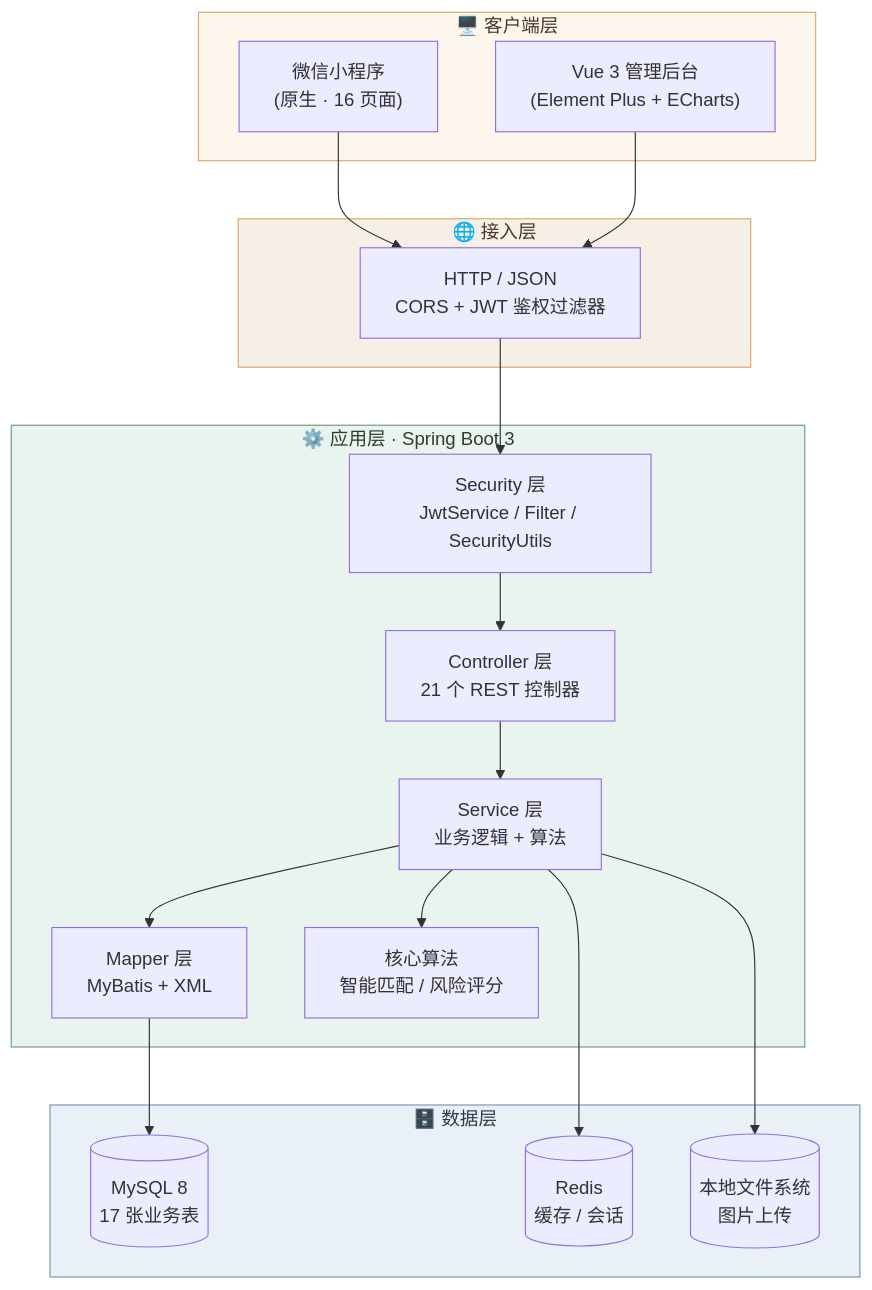
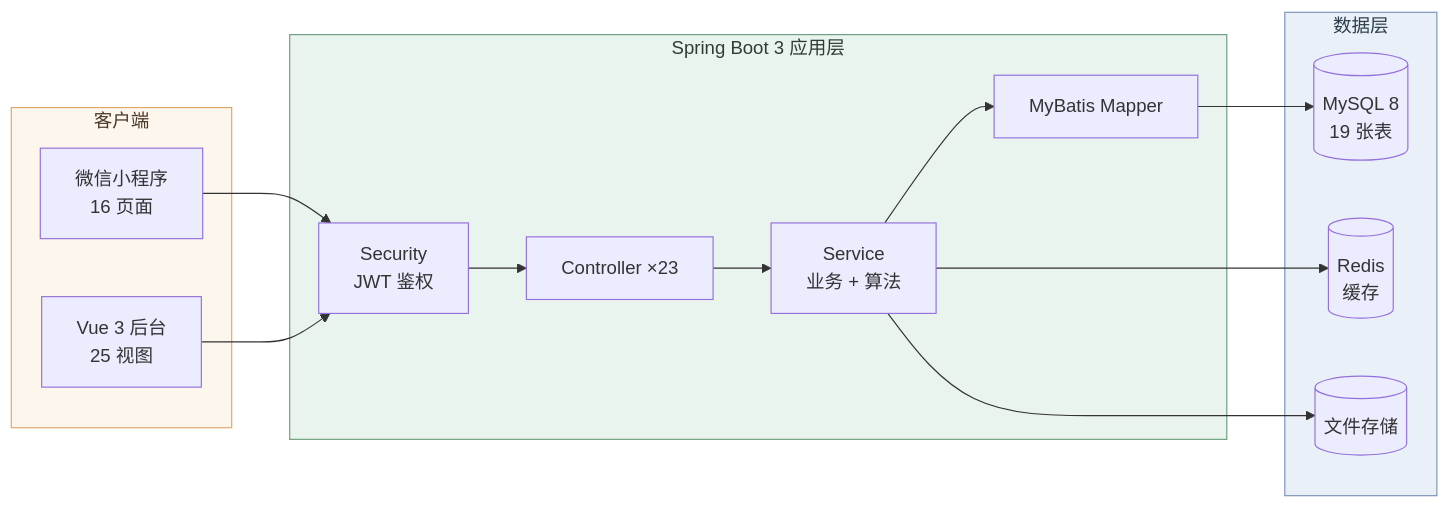
Before and after one commit to Soapman233/Huzhou-Stray-Cat-Rescue-Platform: the diagram in README.md, drawn with Mermaid. The commit also changed other lines of this file and 1 other file, not shown here.

````diff
--- a/README.md
+++ b/README.md
@@ -149,40 +95,31 @@
 ```mermaid
-graph TB
-    subgraph Client["🖥️ 客户端层"]
-        MP["微信小程序<br/>(原生 · 16 页面)"]
-        WEB["Vue 3 管理后台<br/>(Element Plus + ECharts)"]
+graph LR
+    subgraph Client["客户端"]
+        MP["微信小程序<br/>16 页面"]
+        WEB["Vue 3 后台<br/>25 视图"]
     end
 
-    subgraph Gateway["🌐 接入层"]
-        NGINX["HTTP / JSON<br/>CORS + JWT 鉴权过滤器"]
+    subgraph Server["Spring Boot 3 应用层"]
+        SEC["Security<br/>JWT 鉴权"]
+        CTRL["Controller ×23"]
+        SVC["Service<br/>业务 + 算法"]
+        MAP["MyBatis Mapper"]
     end
 
-    subgraph Server["⚙️ 应用层 · Spring Boot 3"]
-        CTRL["Controller 层<br/>21 个 REST 控制器"]
-        SEC["Security 层<br/>JwtService / Filter / SecurityUtils"]
-        SVC["Service 层<br/>业务逻辑 + 算法"]
-        MAPPER["Mapper 层<br/>MyBatis + XML"]
-        ALGO["核心算法<br/>智能匹配 / 风险评分"]
+    subgraph Data["数据层"]
+        DB[("MySQL 8<br/>19 张表")]
+        RD[("Redis<br/>缓存")]
+        FS[("文件存储")]
     end
 
-    subgraph Data["🗄️ 数据层"]
-        MYSQL[("MySQL 8<br/>17 张业务表")]
-        REDIS[("Redis<br/>缓存 / 会话")]
-        FS[("本地文件系统<br/>图片上传")]
-    end
-
-    MP --> NGINX
-    WEB --> NGINX
-    NGINX --> SEC --> CTRL
-    CTRL --> SVC
-    SVC --> ALGO
-    SVC --> MAPPER
-    MAPPER --> MYSQL
-    SVC --> REDIS
+    MP --> SEC
+    WEB --> SEC
+    SEC --> CTRL --> SVC
+    SVC --> MAP --> DB
+    SVC --> RD
     SVC --> FS
 
     style Client fill:#FDF6EC,stroke:#D9A86C,color:#4A3728
-    style Gateway fill:#F5EFE6,stroke:#D9A86C,color:#4A3728
     style Server fill:#EAF4EE,stroke:#6B9E7A,color:#2C3E33
     style Data fill:#EAF0F7,stroke:#7A94B8,color:#2C3E4A
 ```
````
